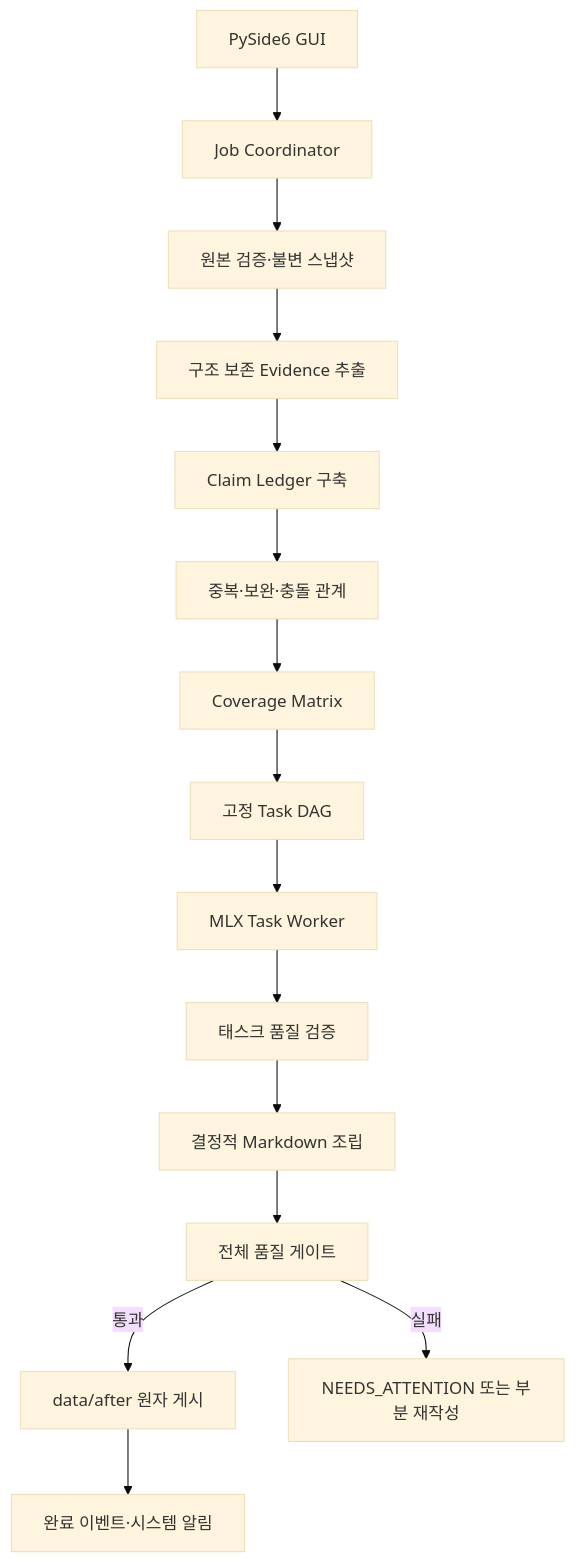
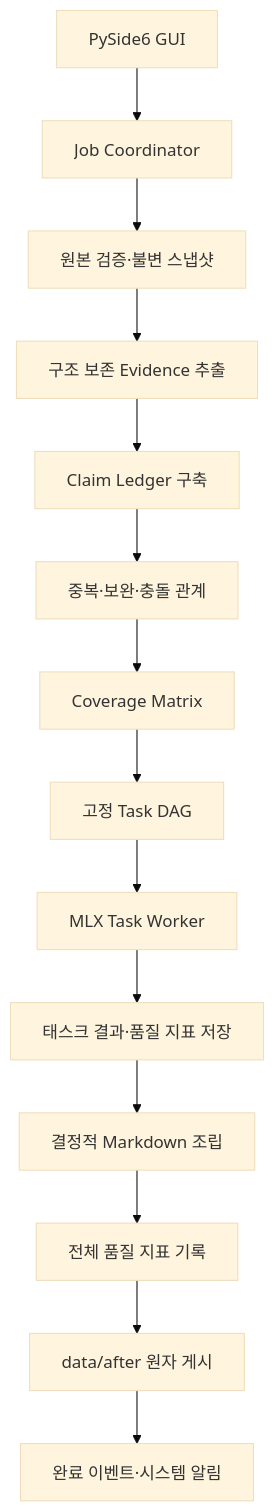
The diagram in docs/orchestration-workflow.md (creatorjun/RAG), drawn with Mermaid (base theme) before and after one commit. The commit also changed other lines of this file and 43 other files, not shown here.

````diff
--- a/docs/orchestration-workflow.md
+++ b/docs/orchestration-workflow.md
@@ -12,17 +13,16 @@
 ```mermaid
 flowchart TD
     GUI["PySide6 GUI"] --> JOB["Job Coordinator"]
     JOB --> SNAP["원본 검증·불변 스냅샷"]
     SNAP --> EVID["구조 보존 Evidence 추출"]
     EVID --> CLAIM["Claim Ledger 구축"]
     CLAIM --> REL["중복·보완·충돌 관계"]
     REL --> COV["Coverage Matrix"]
     COV --> PLAN["고정 Task DAG"]
     PLAN --> WORK["MLX Task Worker"]
-    WORK --> VALID["태스크 품질 검증"]
-    VALID --> ASSEMBLE["결정적 Markdown 조립"]
-    ASSEMBLE --> GATE["전체 품질 게이트"]
-    GATE -->|통과| PUBLISH["data/after 원자 게시"]
-    GATE -->|실패| REVIEW["NEEDS_ATTENTION 또는 부분 재작성"]
+    WORK --> METRIC["태스크 결과·품질 지표 저장"]
+    METRIC --> ASSEMBLE["결정적 Markdown 조립"]
+    ASSEMBLE --> FINAL["전체 품질 지표 기록"]
+    FINAL --> PUBLISH["data/after 원자 게시"]
     PUBLISH --> NOTICE["완료 이벤트·시스템 알림"]
 ```
````
